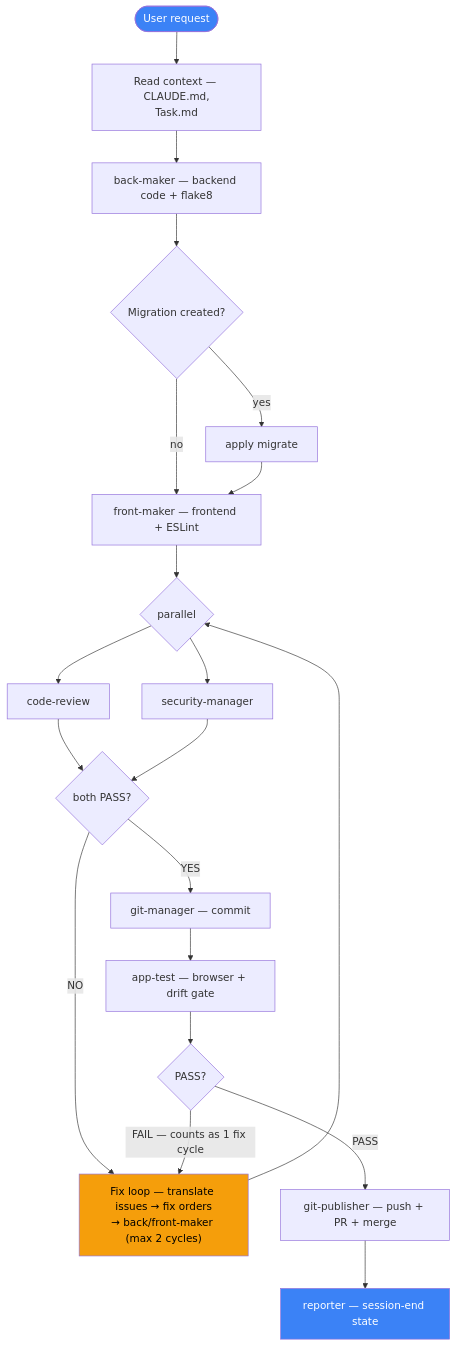
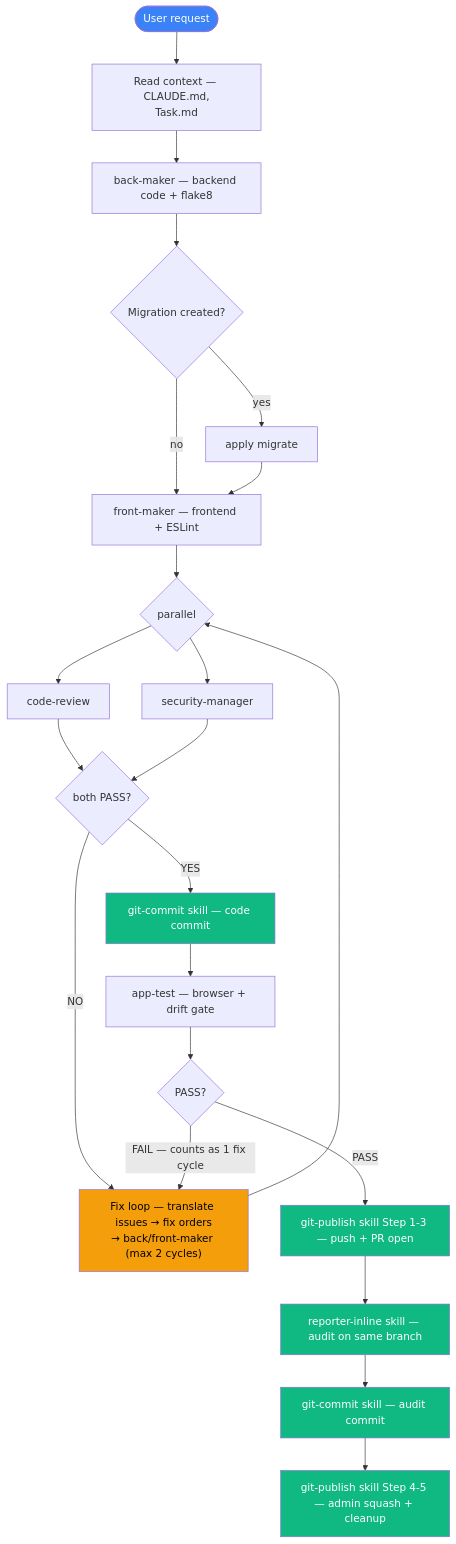
Before and after one commit to hongikarchi/archi-tinder: the second of 2 diagrams in .claude/WORKFLOW.md, drawn with Mermaid. The commit also changed other lines of this file and 54 other files, not shown here.

````diff
--- a/.claude/WORKFLOW.md
+++ b/.claude/WORKFLOW.md
@@ -62,26 +83,32 @@
 ```mermaid
 flowchart TD
     Start([User request]) --> Ctx[Read context — CLAUDE.md,<br/>Task.md]
     Ctx --> BM[back-maker — backend code + flake8]
     BM --> Mig{Migration created?}
     Mig -->|yes| Migrate[apply migrate]
     Mig -->|no| FM
     Migrate --> FM[front-maker — frontend + ESLint]
     FM --> Par{parallel}
     Par --> RV[code-review]
     Par --> SC[security-manager]
     RV --> Dec{both PASS?}
     SC --> Dec
     Dec -->|NO| FL["Fix loop — translate issues → fix orders<br/>→ back/front-maker (max 2 cycles)"]
     FL --> Par
-    Dec -->|YES| GM[git-manager — commit]
-    GM --> AT[app-test — browser + drift gate]
+    Dec -->|YES| GC["git-commit skill — code commit"]
+    GC --> AT[app-test — browser + drift gate]
     AT --> ATv{PASS?}
     ATv -->|FAIL — counts as 1 fix cycle| FL
-    ATv -->|PASS| Pub[git-publisher — push + PR + merge]
-    Pub --> RP[reporter — session-end state]
+    ATv -->|PASS| PG["git-publish skill Step 1-3 — push + PR open"]
+    PG --> RIn["reporter-inline skill — audit on same branch"]
+    RIn --> GC2["git-commit skill — audit commit"]
+    GC2 --> PG4["git-publish skill Step 4-5 — admin squash + cleanup"]
 
     style Start fill:#3b82f6,color:#fff
     style FL fill:#f59e0b,color:#000
-    style RP fill:#3b82f6,color:#fff
+    style RIn fill:#10b981,color:#fff
+    style GC fill:#10b981,color:#fff
+    style GC2 fill:#10b981,color:#fff
+    style PG fill:#10b981,color:#fff
+    style PG4 fill:#10b981,color:#fff
 ```
````
